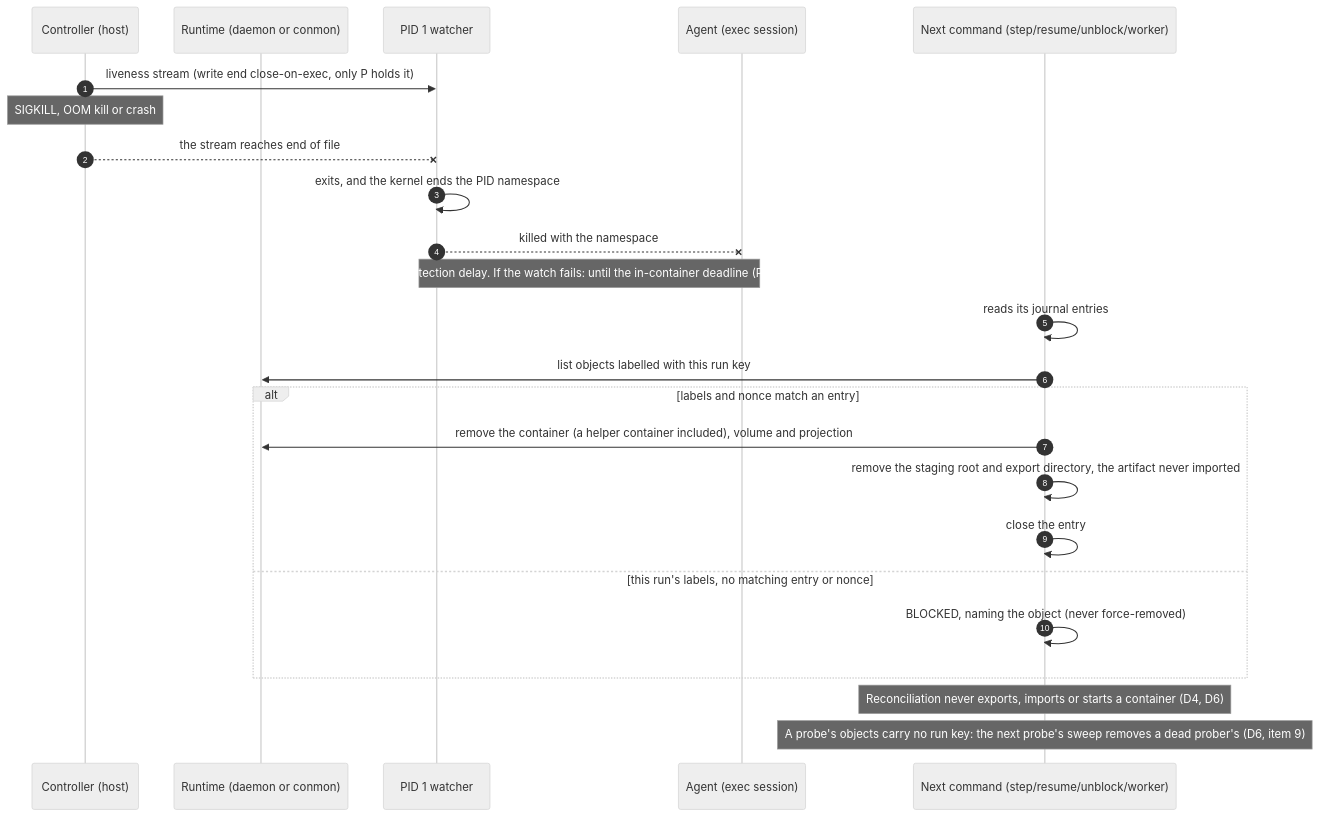
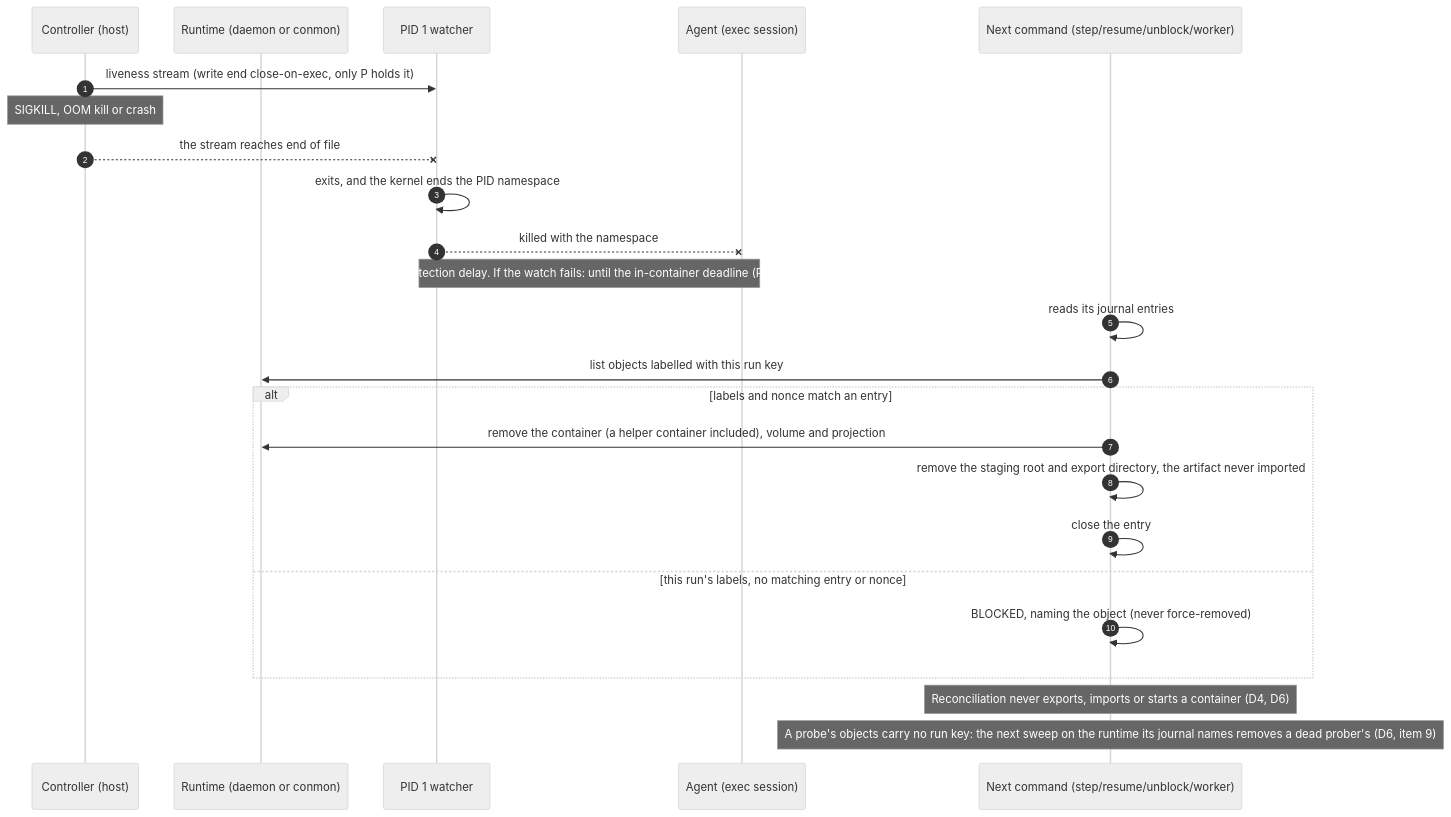
One commit to iceboundrock/AutoForge changed the second of 3 diagrams in docs/adr/0013-container-sandbox-backend-lifecycle-trust-boundaries-and-rollout.md. Above: the diagram before and after it, drawn with Mermaid (neutral theme). The commit also changed other lines of this file and 1 other file, not shown here.

````diff
--- a/docs/adr/0013-container-sandbox-backend-lifecycle-trust-boundaries-and-rollout.md
+++ b/docs/adr/0013-container-sandbox-backend-lifecycle-trust-boundaries-and-rollout.md
@@ -1845,26 +1981,26 @@
 ```mermaid
 sequenceDiagram
     autonumber
     participant P as Controller (host)
     participant R as Runtime (daemon or conmon)
     participant W as PID 1 watcher
     participant A as Agent (exec session)
     participant N as Next command (step/resume/unblock/worker)
     P->>W: liveness stream (write end close-on-exec, only P holds it)
     Note over P: SIGKILL, OOM kill or crash
     P--xW: the stream reaches end of file
     W->>W: exits, and the kernel ends the PID namespace
     W--xA: killed with the namespace
     Note over W,A: Accepted: the detection delay. If the watch fails: until the in-container deadline (PID 1's own timer)
     N->>N: reads its journal entries
     N->>R: list objects labelled with this run key
     alt labels and nonce match an entry
         N->>R: remove the container (a helper container included), volume and projection
         N->>N: remove the staging root and export directory, the artifact never imported
         N->>N: close the entry
     else this run's labels, no matching entry or nonce
         N->>N: BLOCKED, naming the object (never force-removed)
     end
     Note over N: Reconciliation never exports, imports or starts a container (D4, D6)
-    Note over N: A probe's objects carry no run key: the next probe's sweep removes a dead prober's (D6, item 9)
+    Note over N: A probe's objects carry no run key: the next sweep on the runtime its journal names removes a dead prober's (D6, item 9)
 ```
````
